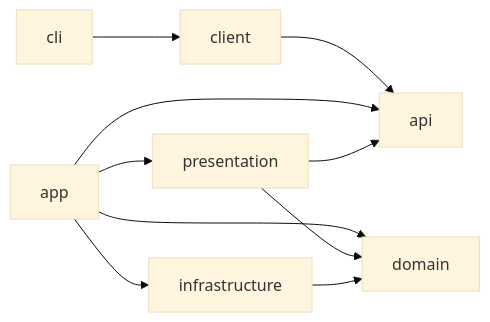
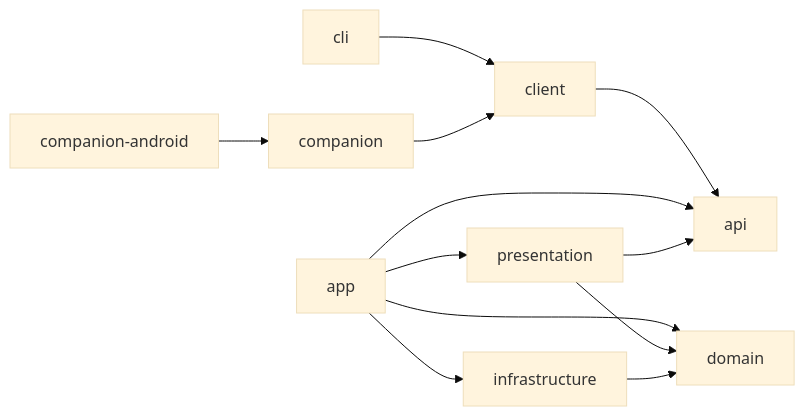
One commit to Lyesbcb/teamcode changed the first of 2 diagrams in docs/architecture.md. Above: the diagram before and after it, drawn with Mermaid (base theme). The commit also changed other lines of this file and 99 other files, not shown here.

First line of the commit message:
Add the companion app skeleton for iOS, Android and the desktop (#81)

````diff
--- a/docs/architecture.md
+++ b/docs/architecture.md
@@ -7,11 +7,12 @@
 ```mermaid
 flowchart LR
     cli --> client --> api
+    companion-android --> companion --> client
     app --> presentation
     app --> infrastructure
     app --> domain
     app --> api
     presentation --> api
     presentation --> domain
     infrastructure --> domain
 ```
````
